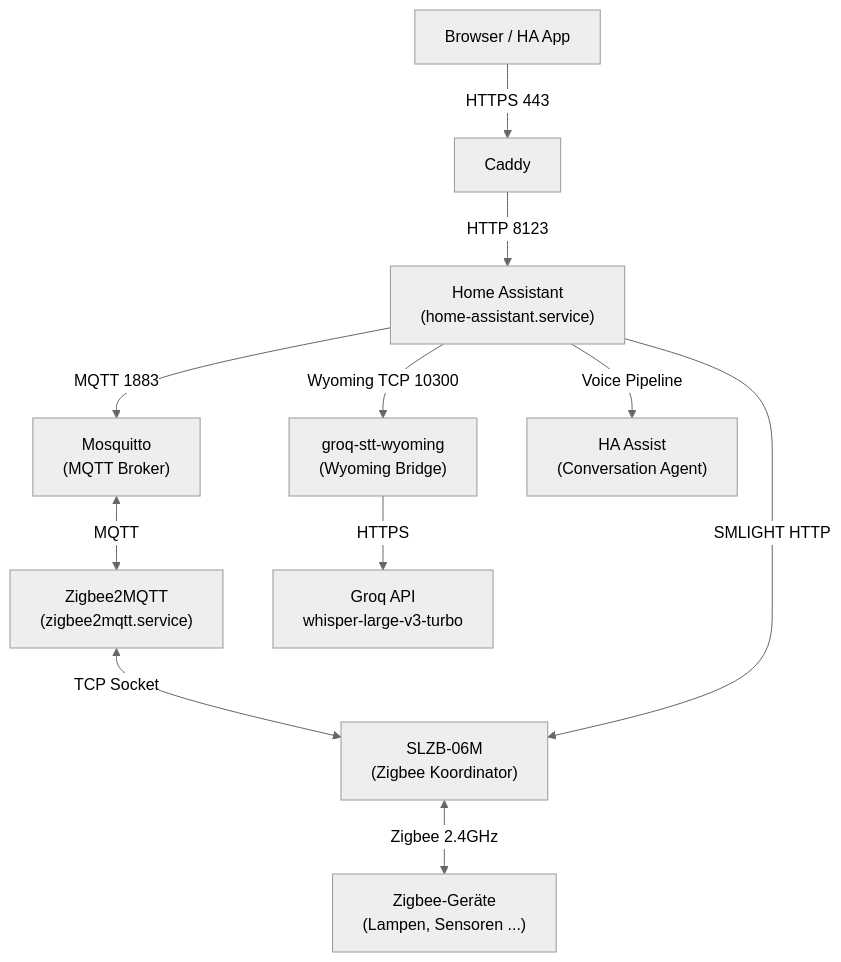
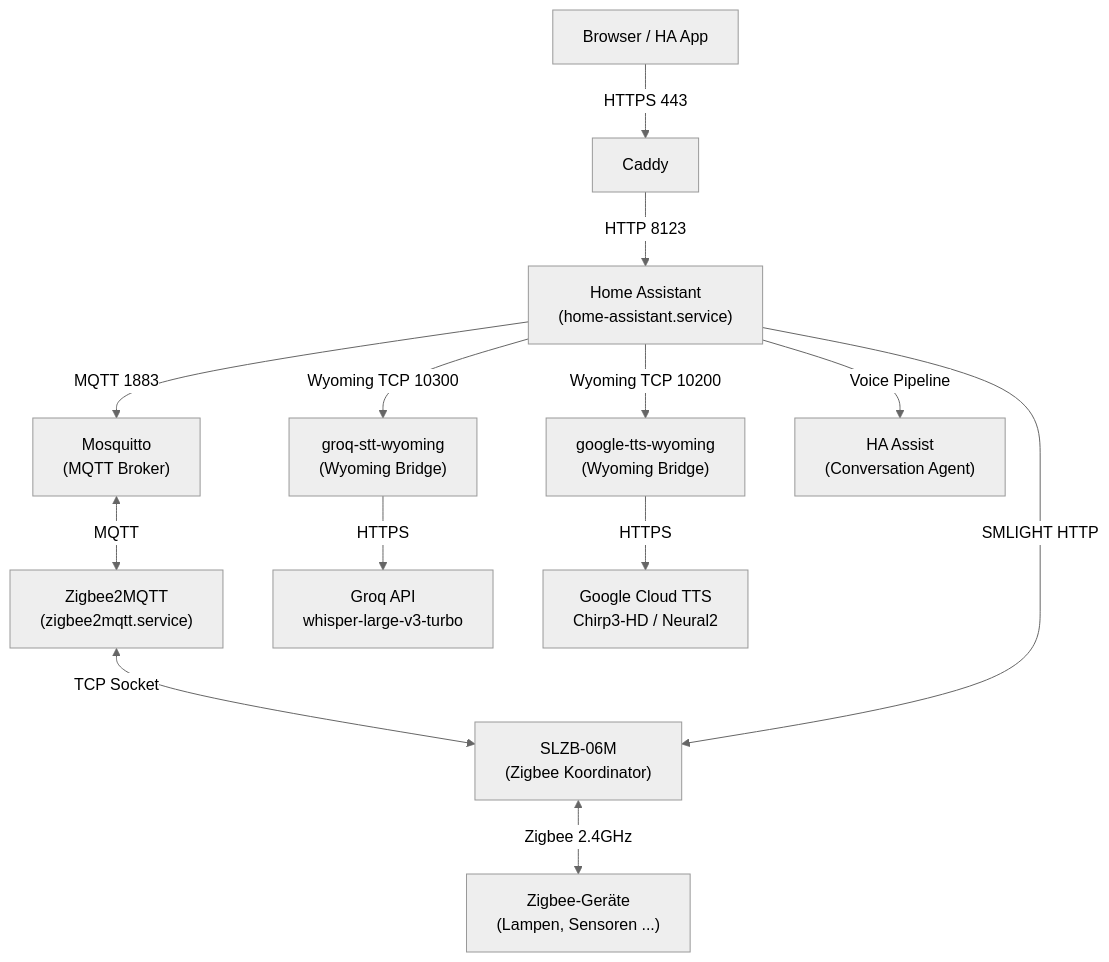
Before and after one commit to grapefruit89/Nix-Grok: the diagram in docs/guides/GUIDE-home-assistant.md, drawn with Mermaid (neutral theme). The commit also changed other lines of this file and 2 other files, not shown here.

First line of the commit message:
docs: ADR-7004 Google TTS Wyoming Bridge + Guide TTS-Sektion

````diff
--- a/docs/guides/GUIDE-home-assistant.md
+++ b/docs/guides/GUIDE-home-assistant.md
@@ -27,17 +28,20 @@
 ```mermaid
 flowchart TD
   Browser["Browser / HA App"] -->|HTTPS 443| Caddy
   Caddy -->|HTTP 8123| HA["Home Assistant\n(home-assistant.service)"]
 
   HA -->|MQTT 1883| Mosquitto["Mosquitto\n(MQTT Broker)"]
   Mosquitto <-->|MQTT| Z2M["Zigbee2MQTT\n(zigbee2mqtt.service)"]
   Z2M <-->|TCP Socket| SLZB["SLZB-06M\n(Zigbee Koordinator)"]
   SLZB <-->|Zigbee 2.4GHz| Geräte["Zigbee-Geräte\n(Lampen, Sensoren ...)"]
 
   HA -->|SMLIGHT HTTP| SLZB
 
   HA -->|Wyoming TCP 10300| STT["groq-stt-wyoming\n(Wyoming Bridge)"]
   STT -->|HTTPS| Groq["Groq API\nwhisper-large-v3-turbo"]
 
+  HA -->|Wyoming TCP 10200| TTS["google-tts-wyoming\n(Wyoming Bridge)"]
+  TTS -->|HTTPS| GTTS["Google Cloud TTS\nChirp3-HD / Neural2"]
+
   HA -->|Voice Pipeline| Assist["HA Assist\n(Conversation Agent)"]
 ```
````
